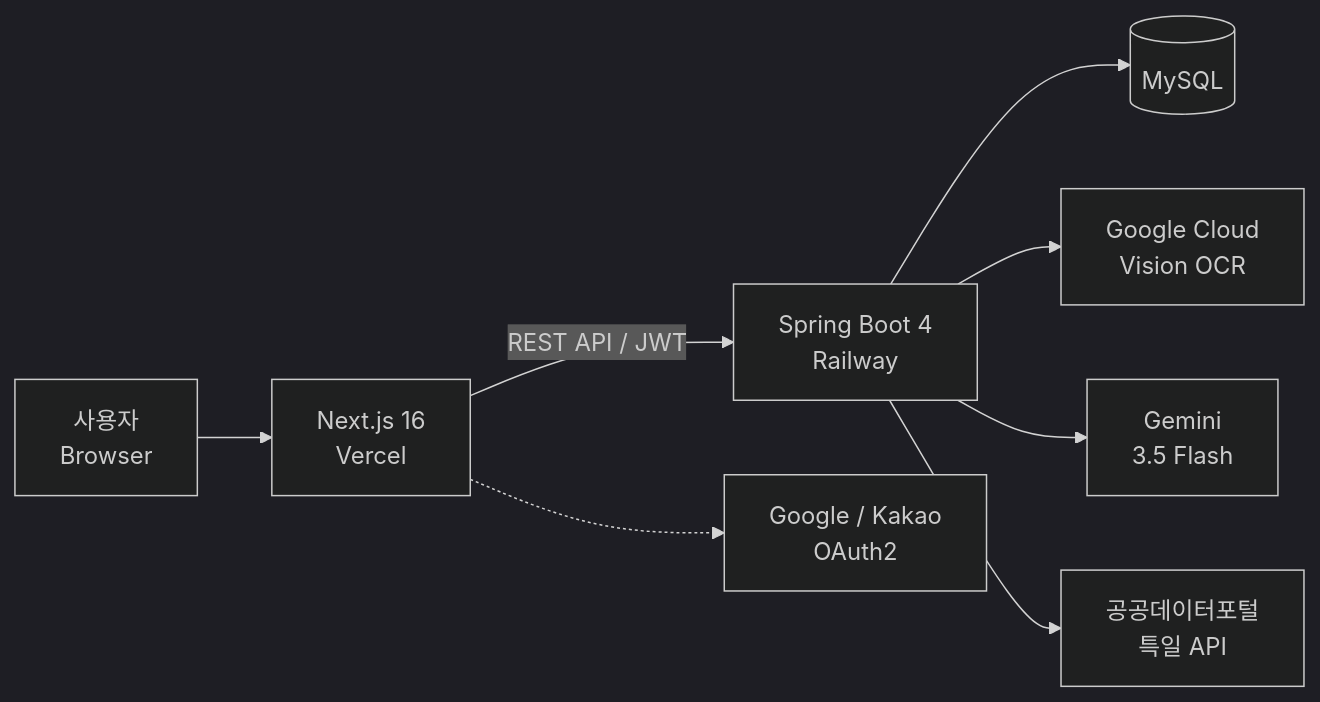
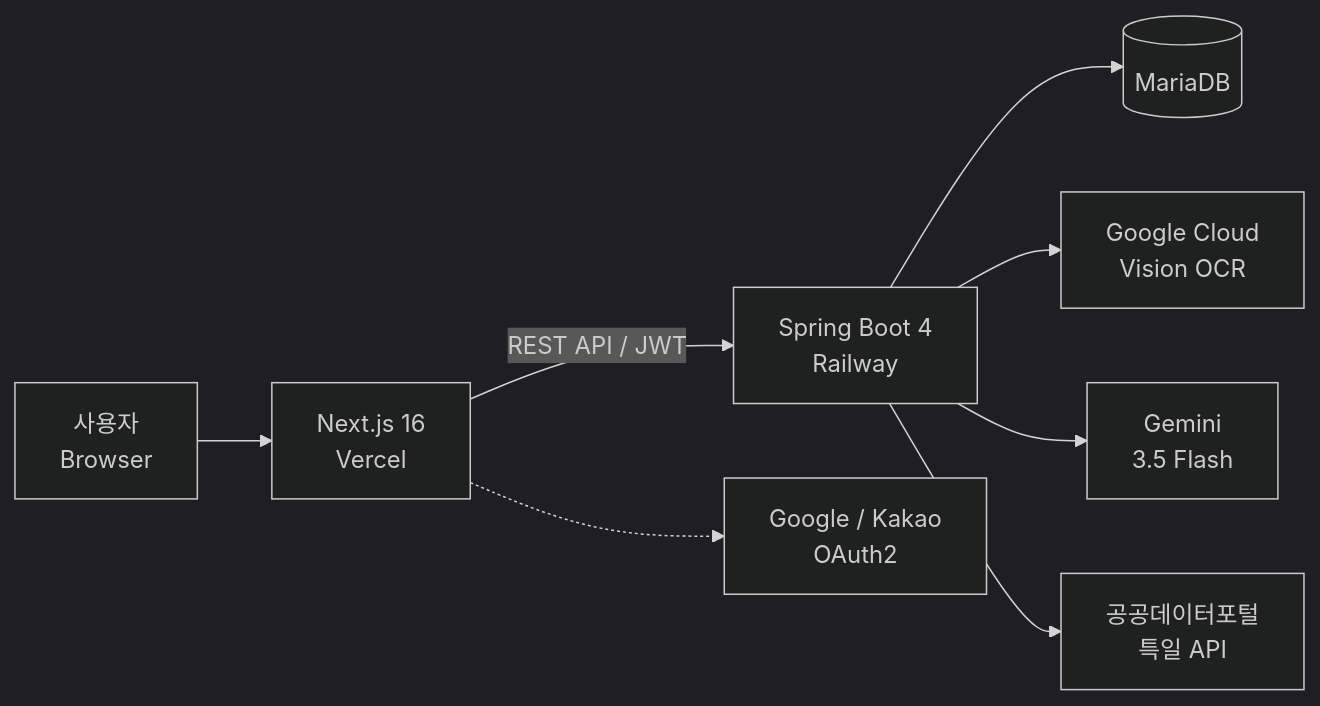
One commit to kkw8989/Re-Mate changed the first of 5 diagrams in README.md. Above: the diagram before and after it, drawn with Mermaid (dark theme). The commit also changed other lines of this file, not shown here.

````diff
--- a/README.md
+++ b/README.md
@@ -175,10 +208,10 @@
 ```mermaid
 flowchart LR
     user["사용자<br/>Browser"] --> fe["Next.js 16<br/>Vercel"]
     fe -->|"REST API / JWT"| be["Spring Boot 4<br/>Railway"]
     fe -.-> oauth["Google / Kakao<br/>OAuth2"]
-    be --> db[("MySQL")]
+    be --> db[("MariaDB")]
     be --> vision["Google Cloud<br/>Vision OCR"]
     be --> gemini["Gemini<br/>3.5 Flash"]
     be --> holiday["공공데이터포털<br/>특일 API"]
 ```
````
